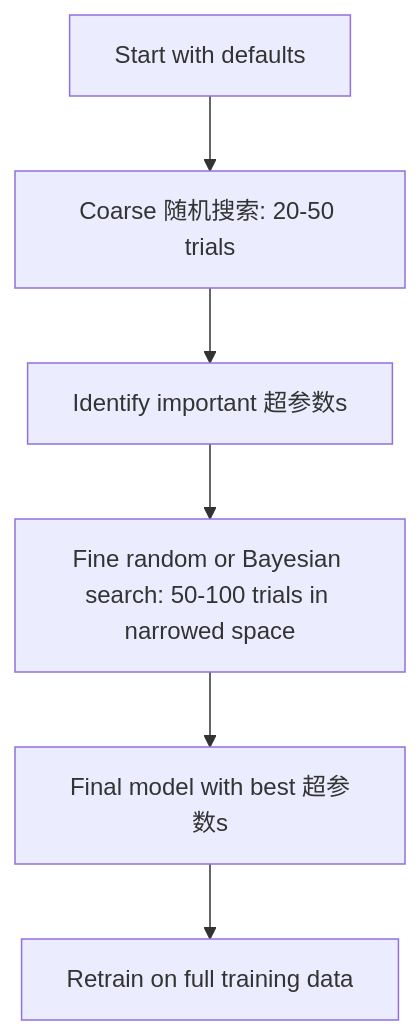
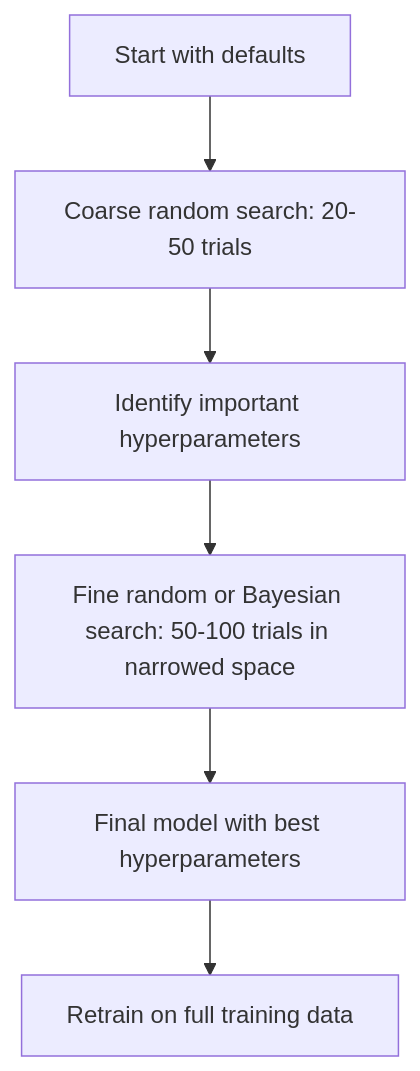
One commit to arwei944/ai-engineering-from-scratch changed the third of 4 diagrams in phases/02-ml-fundamentals/12-hyperparameter-tuning/docs/zh.md. Above: the diagram before and after it, drawn with Mermaid. The commit also changed other lines of this file and 65 other files, not shown here.

````diff
--- a/phases/02-ml-fundamentals/12-hyperparameter-tuning/docs/zh.md
+++ b/phases/02-ml-fundamentals/12-hyperparameter-tuning/docs/zh.md
@@ -156,8 +156,8 @@
 ```mermaid
 flowchart TD
-    A[Start with defaults] --> B[Coarse 随机搜索: 20-50 trials]
-    B --> C[Identify important 超参数s]
+    A[Start with defaults] --> B[Coarse random search: 20-50 trials]
+    B --> C[Identify important hyperparameters]
     C --> D[Fine random or Bayesian search: 50-100 trials in narrowed space]
-    D --> E[Final model with best 超参数s]
+    D --> E[Final model with best hyperparameters]
     E --> F[Retrain on full training data]
 ```
````
